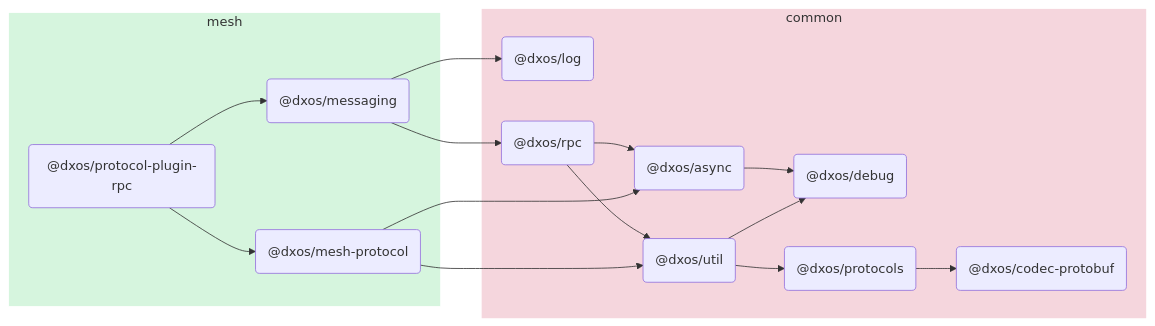
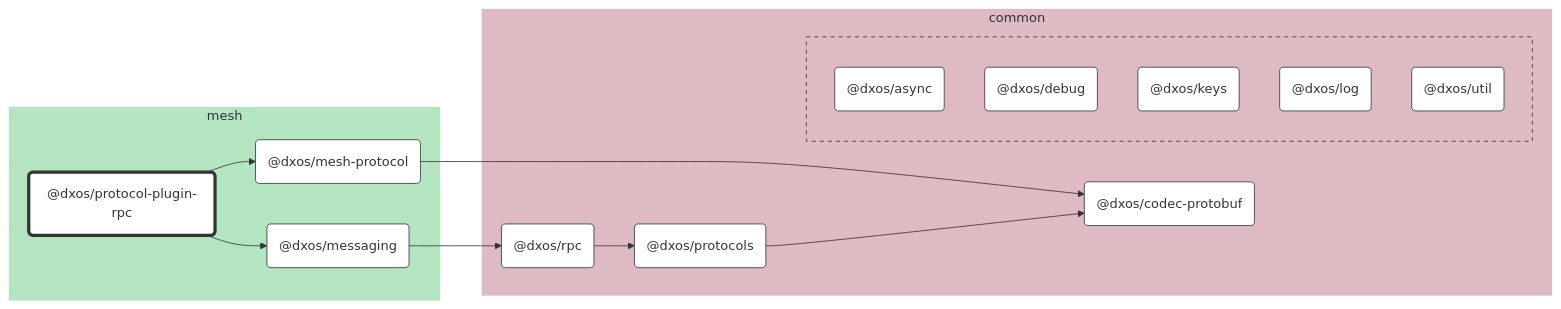
One commit to dxos/dxos changed the diagram in packages/mesh/protocol-plugin-rpc/docs/README.md. Above: the diagram before and after it, drawn with Mermaid. The commit also changed other lines of this file and 89 other files, not shown here.

````diff
--- a/packages/mesh/protocol-plugin-rpc/docs/README.md
+++ b/packages/mesh/protocol-plugin-rpc/docs/README.md
@@ -5,34 +7,71 @@
 ```mermaid
-flowchart LR;
+%%{ init: {'flowchart':{'curve':'basis'}} }%%
 
+flowchart LR
+
+%% Links
+dxos/mesh-protocol --> dxos/codec-protobuf;
+dxos/messaging --> dxos/rpc;
+dxos/protocol-plugin-rpc --> dxos/mesh-protocol;
+dxos/protocol-plugin-rpc --> dxos/messaging;
+dxos/protocols --> dxos/codec-protobuf;
+dxos/rpc --> dxos/protocols;
+
+%% Sections
 subgraph mesh
-  style mesh fill:#d6f5de,stroke:#fff;
-  dxos/protocol-plugin-rpc("@dxos/protocol-plugin-rpc");
-  dxos/messaging("@dxos/messaging");
-  dxos/mesh-protocol("@dxos/mesh-protocol");
+  style mesh fill:#b3e6c0,stroke:#fff;
+
+  dxos/mesh-protocol("@dxos/mesh-protocol")
+  dxos/messaging("@dxos/messaging")
+  dxos/protocol-plugin-rpc("@dxos/protocol-plugin-rpc")
 end
 
 subgraph common
-  style common fill:#f5d6dd,stroke:#fff;
-  dxos/async("@dxos/async");
-  dxos/debug("@dxos/debug");
-  dxos/codec-protobuf("@dxos/codec-protobuf");
-  dxos/log("@dxos/log");
-  dxos/protocols("@dxos/protocols");
-  dxos/rpc("@dxos/rpc");
-  dxos/util("@dxos/util");
+  style common fill:#debac2,stroke:#fff;
+
+  dxos/codec-protobuf("@dxos/codec-protobuf")
+  dxos/protocols("@dxos/protocols")
+  dxos/rpc("@dxos/rpc")
+
+  subgraph common-excluded [ ]
+    style common-excluded fill:#debac2,stroke:#333,stroke-dasharray:5 5;
+
+    dxos/async("@dxos/async")
+    dxos/debug("@dxos/debug")
+    dxos/keys("@dxos/keys")
+    dxos/log("@dxos/log")
+    dxos/util("@dxos/util")
+  end
 end
 
-dxos/async --> dxos/debug;
-dxos/protocol-plugin-rpc --> dxos/messaging;
-dxos/messaging --> dxos/log;
-dxos/protocols --> dxos/codec-protobuf;
-dxos/messaging --> dxos/rpc;
-dxos/rpc --> dxos/async;
-dxos/rpc --> dxos/util;
-dxos/util --> dxos/debug;
-dxos/util --> dxos/protocols;
-dxos/protocol-plugin-rpc --> dxos/mesh-protocol;
-dxos/mesh-protocol --> dxos/async;
-dxos/mesh-protocol --> dxos/util;
+
+%% Hyperlinks
+click dxos/async "dxos/dxos/tree/main/packages/common/async/docs";
+click dxos/codec-protobuf "dxos/dxos/tree/main/packages/common/codec-protobuf/docs";
+click dxos/debug "dxos/dxos/tree/main/packages/common/debug/docs";
+click dxos/keys "dxos/dxos/tree/main/packages/common/keys/docs";
+click dxos/log "dxos/dxos/tree/main/packages/common/log/docs";
+click dxos/mesh-protocol "dxos/dxos/tree/main/packages/mesh/mesh-protocol/docs";
+click dxos/messaging "dxos/dxos/tree/main/packages/mesh/messaging/docs";
+click dxos/protocols "dxos/dxos/tree/main/packages/common/protocols/docs";
+click dxos/rpc "dxos/dxos/tree/main/packages/common/rpc/docs";
+click dxos/util "dxos/dxos/tree/main/packages/common/util/docs";
+
+%% Styles
+classDef rootNode fill:#fff,stroke:#333,stroke-width:4px
+classDef defaultNode fill:#fff,stroke:#333,stroke-width:1px
+linkStyle default stroke:#333,stroke-width:1px
+
+dxos/protocol-plugin-rpc:::rootNode
+
+dxos/async:::defaultNode
+dxos/codec-protobuf:::defaultNode
+dxos/debug:::defaultNode
+dxos/keys:::defaultNode
+dxos/log:::defaultNode
+dxos/mesh-protocol:::defaultNode
+dxos/messaging:::defaultNode
+dxos/protocols:::defaultNode
+dxos/rpc:::defaultNode
+dxos/util:::defaultNode
 ```
````
